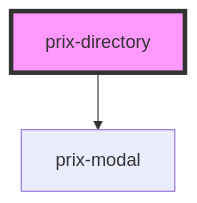
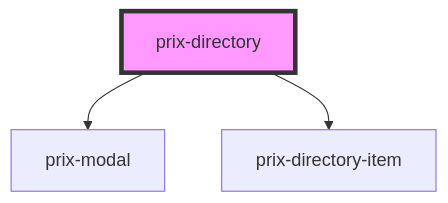
One commit to GabrielCaVI/Prix changed the diagram in src/components/Directory/readme.md. Above: the diagram before and after it, drawn with Mermaid. The commit also changed other lines of this file and 89 other files, not shown here.

````diff
--- a/src/components/Directory/readme.md
+++ b/src/components/Directory/readme.md
@@ -24,5 +25,6 @@
 ```mermaid
 graph TD;
   prix-directory --> prix-modal
+  prix-directory --> prix-directory-item
   style prix-directory fill:#f9f,stroke:#333,stroke-width:4px
 ```
````
